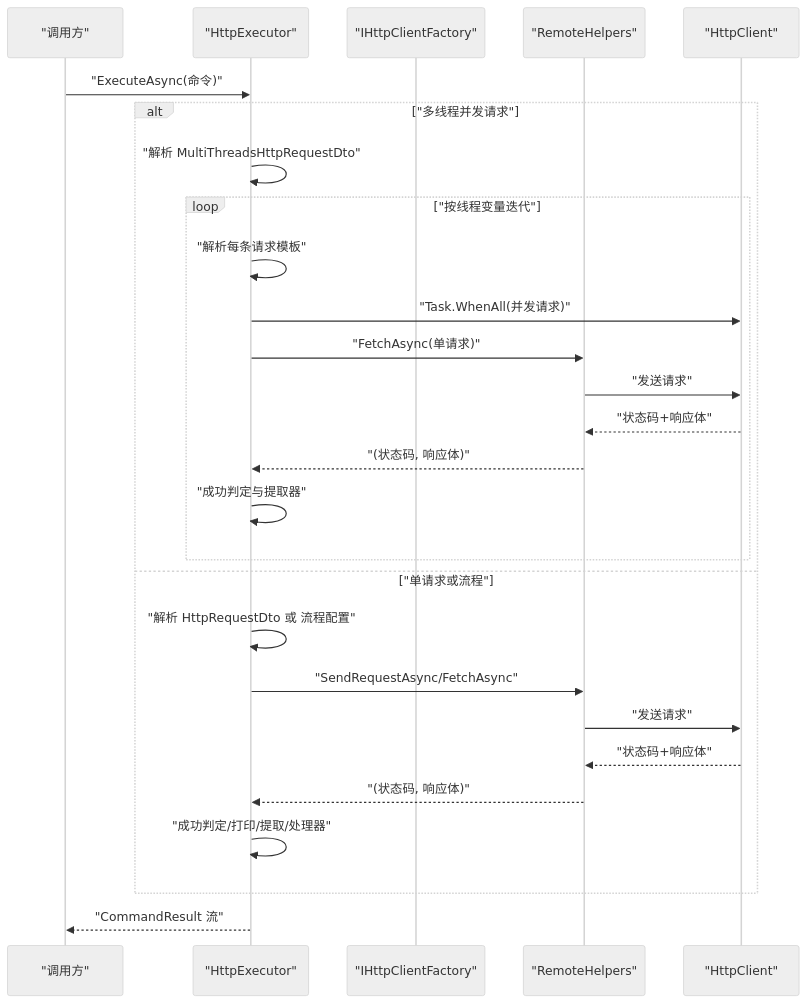
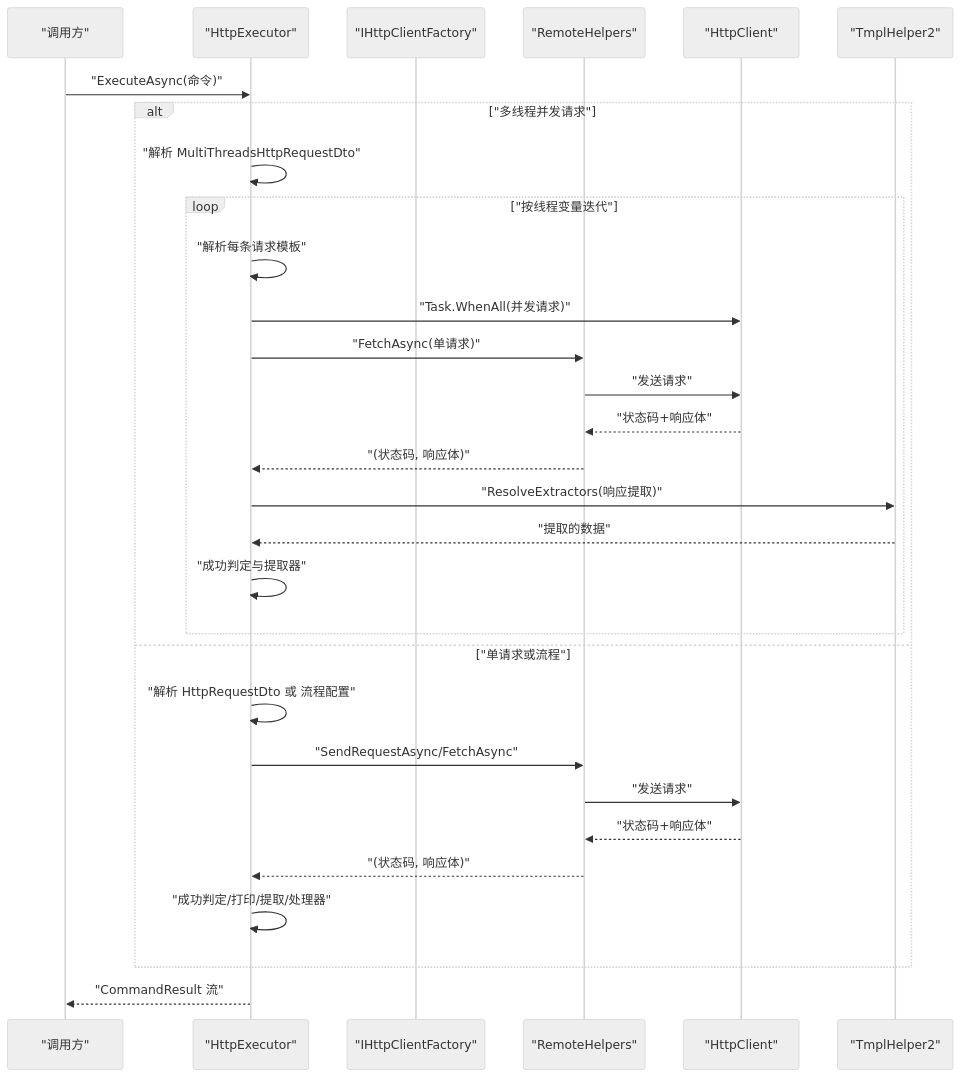
The second of 4 diagrams in .qoder/repowiki/zh/content/项目概述/核心特性/工具库系统/HTTP 请求执行器.md (Sosososolong/AirGo), drawn with Mermaid (neutral theme) before and after one commit. The commit also changed other lines of this file and 6 other files, not shown here.

````diff
--- a/.qoder/repowiki/zh/content/项目概述/核心特性/工具库系统/HTTP 请求执行器.md
+++ b/.qoder/repowiki/zh/content/项目概述/核心特性/工具库系统/HTTP 请求执行器.md
@@ -102,29 +126,32 @@
 ```mermaid
 sequenceDiagram
 participant Caller as "调用方"
 participant Exec as "HttpExecutor"
 participant Factory as "IHttpClientFactory"
 participant Helper as "RemoteHelpers"
 participant Net as "HttpClient"
+participant Tmpl as "TmplHelper2"
 Caller->>Exec : "ExecuteAsync(命令)"
 alt "多线程并发请求"
 Exec->>Exec : "解析 MultiThreadsHttpRequestDto"
 loop "按线程变量迭代"
 Exec->>Exec : "解析每条请求模板"
 Exec->>Net : "Task.WhenAll(并发请求)"
 Exec->>Helper : "FetchAsync(单请求)"
 Helper->>Net : "发送请求"
 Net-->>Helper : "状态码+响应体"
 Helper-->>Exec : "(状态码, 响应体)"
+Exec->>Tmpl : "ResolveExtractors(响应提取)"
+Tmpl-->>Exec : "提取的数据"
 Exec->>Exec : "成功判定与提取器"
 end
 else "单请求或流程"
 Exec->>Exec : "解析 HttpRequestDto 或 流程配置"
 Exec->>Helper : "SendRequestAsync/FetchAsync"
 Helper->>Net : "发送请求"
 Net-->>Helper : "状态码+响应体"
 Helper-->>Exec : "(状态码, 响应体)"
 Exec->>Exec : "成功判定/打印/提取/处理器"
 end
 Exec-->>Caller : "CommandResult 流"
 ```
````
